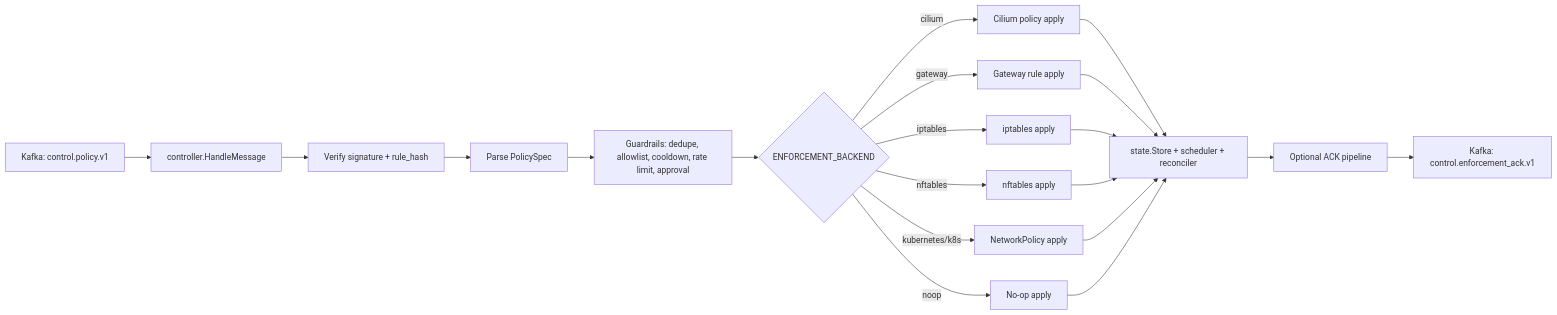
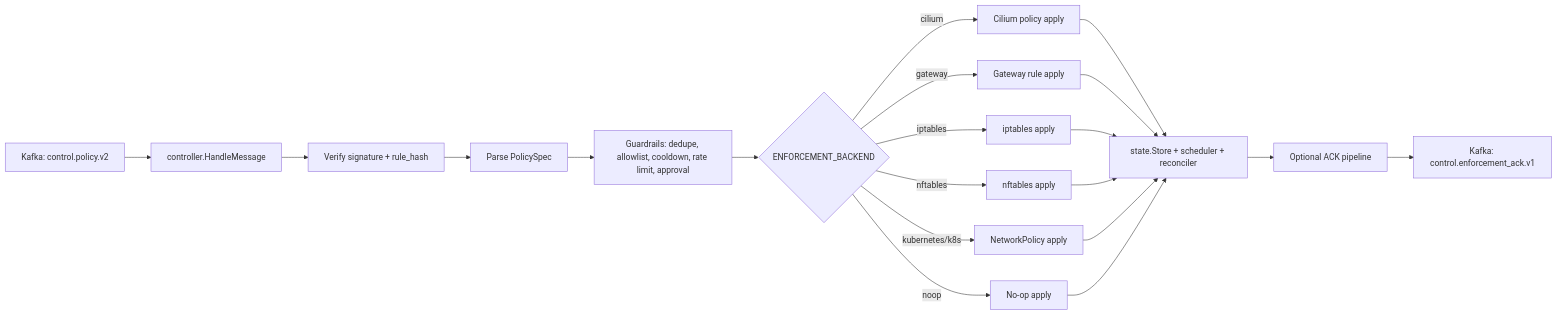
Before and after one commit to EveShark/CyberMesh: the diagram in enforcement-agent/README.md, drawn with Mermaid. The commit also changed other lines of this file and 35 other files, not shown here.

Commit message:
Migrate control policy runtime and signing to v2

````diff
--- a/enforcement-agent/README.md
+++ b/enforcement-agent/README.md
@@ -11,25 +11,25 @@
 ```mermaid
 flowchart LR
-    K[Kafka: control.policy.v1] --> C[controller.HandleMessage]
+    K[Kafka: control.policy.v2] --> C[controller.HandleMessage]
     C --> V[Verify signature + rule_hash]
     V --> P[Parse PolicySpec]
     P --> G[Guardrails: dedupe, allowlist, cooldown, rate limit, approval]
     G --> E{ENFORCEMENT_BACKEND}
 
     E -->|cilium| CIL[Cilium policy apply]
     E -->|gateway| GW[Gateway rule apply]
     E -->|iptables| IPT[iptables apply]
     E -->|nftables| NFT[nftables apply]
     E -->|kubernetes/k8s| K8S[NetworkPolicy apply]
     E -->|noop| NOOP[No-op apply]
 
     CIL --> S[state.Store + scheduler + reconciler]
     GW --> S
     IPT --> S
     NFT --> S
     K8S --> S
     NOOP --> S
 
     S --> ACK[Optional ACK pipeline]
     ACK --> KA[Kafka: control.enforcement_ack.v1]
 ```
````
